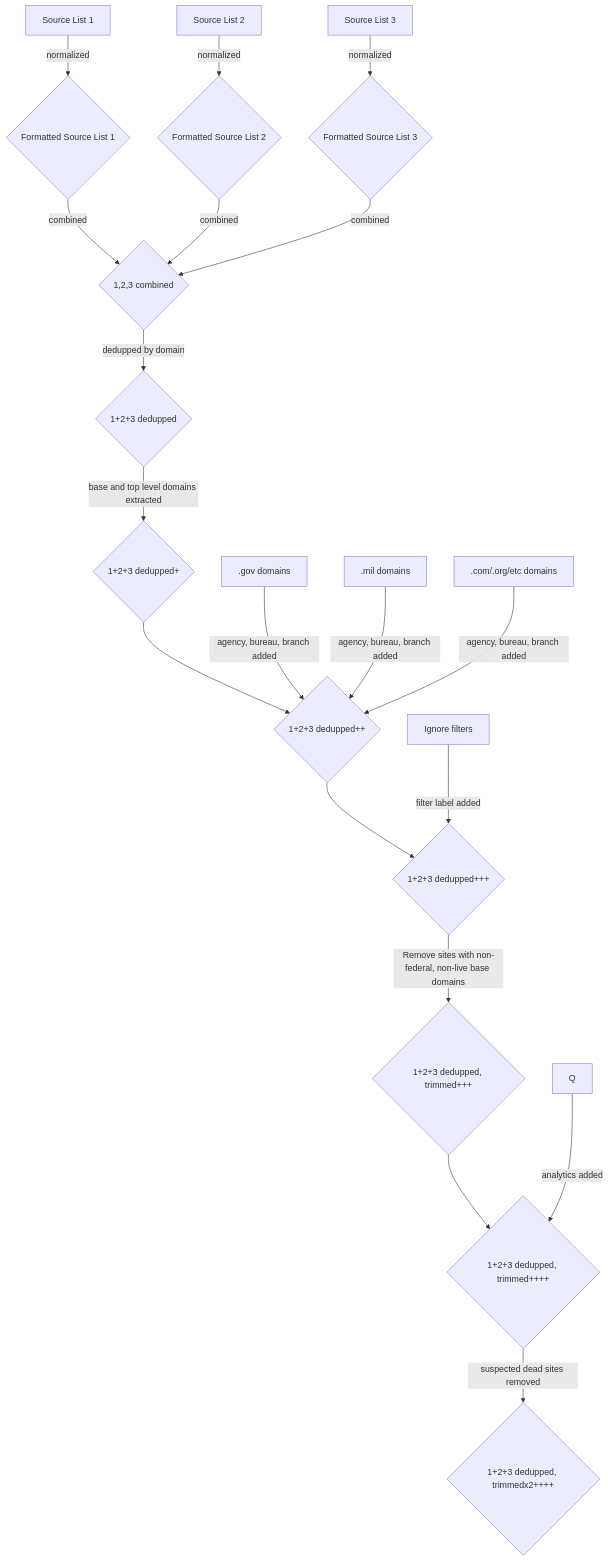
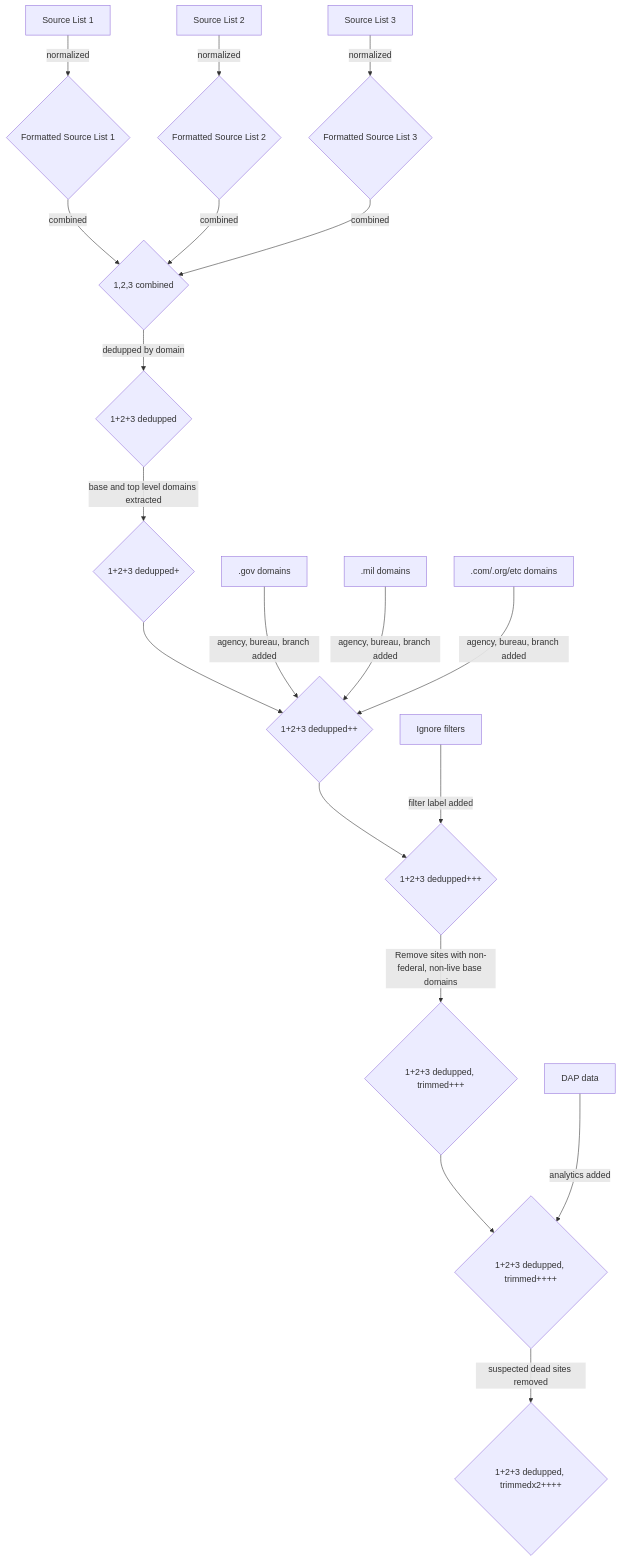
Before and after one commit to GSA/site-scanning-documentation: the diagram in about/project-management/diagrams/index-creation.md, drawn with Mermaid.

Commit message:
Clarify analytics source in index creation diagram

````diff
--- a/about/project-management/diagrams/index-creation.md
+++ b/about/project-management/diagrams/index-creation.md
@@ -3,21 +3,21 @@
 ```mermaid
 graph TD;
     A[Source List 1]-- normalized -->D{Formatted Source List 1};
     B[Source List 2]-- normalized -->E{Formatted Source List 2};
     C[Source List 3]-- normalized -->F{Formatted Source List 3};
     D-- combined -->G{1,2,3 combined};
     E-- combined -->G{1,2,3 combined};
     F-- combined -->G{1,2,3 combined};
     G-- dedupped by domain -->H{1+2+3 dedupped};
     H-- base and top level domains extracted --> I{1+2+3 dedupped+};
     I--> M{1+2+3 dedupped++};
     J[.gov domains]-- agency, bureau, branch added -->M{1+2+3 dedupped++};
     K[.mil domains]-- agency, bureau, branch added -->M{1+2+3 dedupped++};
     L[.com/.org/etc domains]-- agency, bureau, branch added -->M{1+2+3 dedupped++};
     M-->O{1+2+3 dedupped+++};
     N[Ignore filters]-- filter label added -->O;
     O-- Remove sites with non-federal, non-live base domains -->P{1+2+3 dedupped, trimmed+++};
     P-->R{1+2+3 dedupped, trimmed++++};
-    Q-- analytics added --> R;
+    Q[DAP data]-- analytics added --> R;
     R-- suspected dead sites removed -->S{1+2+3 dedupped, trimmedx2++++}
 ```
````
